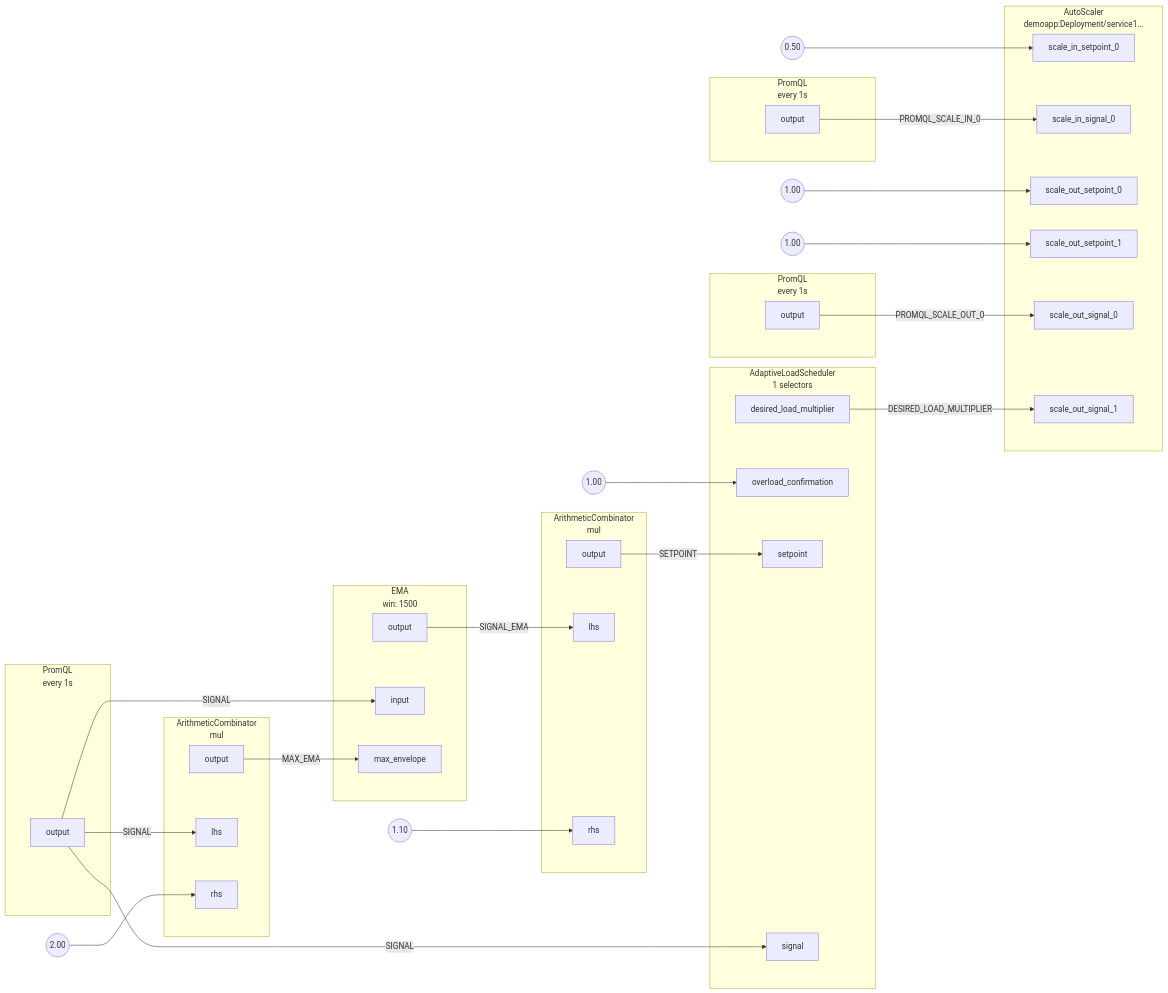
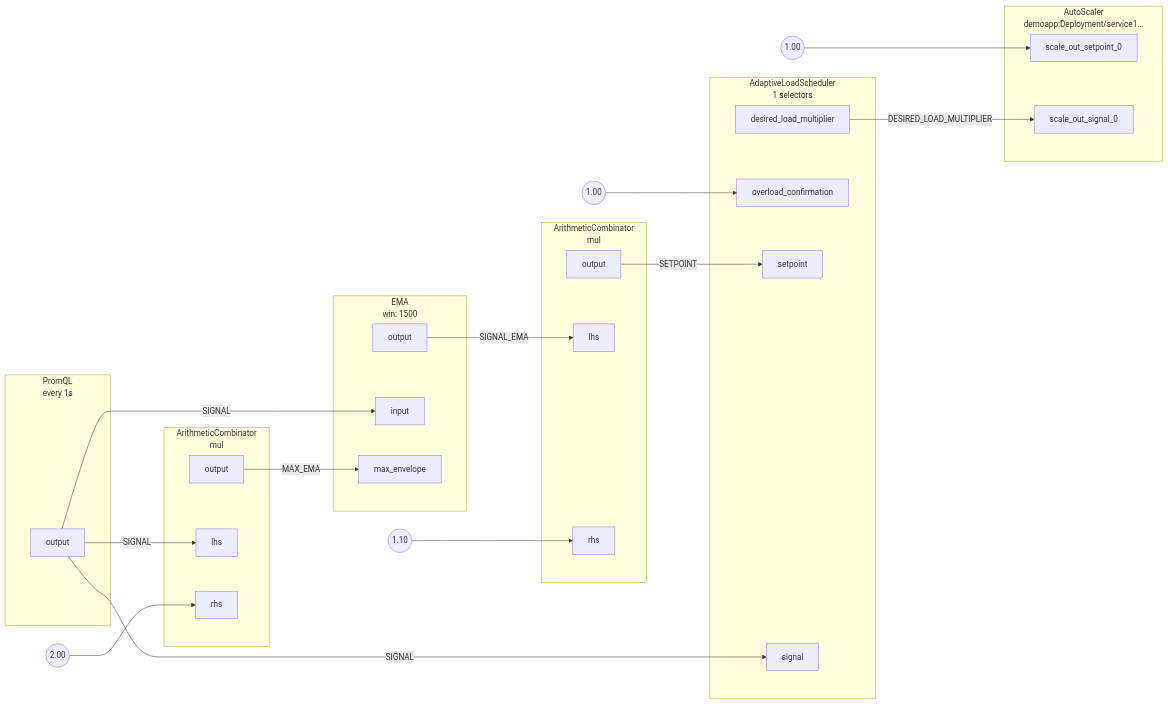
The diagram in docs/content/use-cases/auto-scale/load-based-auto-scaling/assets/graph.mmd (fluxninja/aperture), drawn with Mermaid before and after one commit. The commit also changed 7 other files, not shown here.

```diff
--- a/docs/content/use-cases/auto-scale/load-based-auto-scaling/assets/graph.mmd
+++ b/docs/content/use-cases/auto-scale/load-based-auto-scaling/assets/graph.mmd
@@ -1,96 +1,74 @@
 flowchart LR
 subgraph root.0[<center>AdaptiveLoadScheduler<br/>1 selectors</center>]
 subgraph root.0_inports[ ]
 style root.0_inports fill:none,stroke:none
 root.0overload_confirmation[overload_confirmation]
 root.0setpoint[setpoint]
 root.0signal[signal]
 end
 subgraph root.0_outports[ ]
 style root.0_outports fill:none,stroke:none
 root.0desired_load_multiplier[desired_load_multiplier]
 end
 end
 root.0_overload_confirmation_FakeConstantout((1.00))
 subgraph root.1[<center>AutoScaler<br/>demoapp:Deployment/service1...</center>]
 subgraph root.1_inports[ ]
 style root.1_inports fill:none,stroke:none
-root.1scale_in_setpoint_0[scale_in_setpoint_0]
-root.1scale_in_signal_0[scale_in_signal_0]
 root.1scale_out_setpoint_0[scale_out_setpoint_0]
-root.1scale_out_setpoint_1[scale_out_setpoint_1]
 root.1scale_out_signal_0[scale_out_signal_0]
-root.1scale_out_signal_1[scale_out_signal_1]
 end
 end
-root.1_scale_in_setpoint_0_FakeConstantout((0.50))
 root.1_scale_out_setpoint_0_FakeConstantout((1.00))
-root.1_scale_out_setpoint_1_FakeConstantout((1.00))
 subgraph root.2[<center>PromQL<br/>every 1s</center>]
 subgraph root.2_outports[ ]
 style root.2_outports fill:none,stroke:none
 root.2output[output]
 end
 end
-subgraph root.3[<center>PromQL<br/>every 1s</center>]
+subgraph root.3[<center>ArithmeticCombinator<br/>mul</center>]
+subgraph root.3_inports[ ]
+style root.3_inports fill:none,stroke:none
+root.3lhs[lhs]
+root.3rhs[rhs]
+end
 subgraph root.3_outports[ ]
 style root.3_outports fill:none,stroke:none
 root.3output[output]
 end
 end
-subgraph root.4[<center>PromQL<br/>every 1s</center>]
+root.3_rhs_FakeConstantout((2.00))
+subgraph root.4[<center>EMA<br/>win: 1500</center>]
+subgraph root.4_inports[ ]
+style root.4_inports fill:none,stroke:none
+root.4input[input]
+root.4max_envelope[max_envelope]
+end
 subgraph root.4_outports[ ]
 style root.4_outports fill:none,stroke:none
 root.4output[output]
 end
 end
 subgraph root.5[<center>ArithmeticCombinator<br/>mul</center>]
 subgraph root.5_inports[ ]
 style root.5_inports fill:none,stroke:none
 root.5lhs[lhs]
 root.5rhs[rhs]
 end
 subgraph root.5_outports[ ]
 style root.5_outports fill:none,stroke:none
 root.5output[output]
 end
 end
-root.5_rhs_FakeConstantout((2.00))
-subgraph root.6[<center>EMA<br/>win: 1500</center>]
-subgraph root.6_inports[ ]
-style root.6_inports fill:none,stroke:none
-root.6input[input]
-root.6max_envelope[max_envelope]
-end
-subgraph root.6_outports[ ]
-style root.6_outports fill:none,stroke:none
-root.6output[output]
-end
-end
-subgraph root.7[<center>ArithmeticCombinator<br/>mul</center>]
-subgraph root.7_inports[ ]
-style root.7_inports fill:none,stroke:none
-root.7lhs[lhs]
-root.7rhs[rhs]
-end
-subgraph root.7_outports[ ]
-style root.7_outports fill:none,stroke:none
-root.7output[output]
-end
-end
-root.7_rhs_FakeConstantout((1.10))
-root.0desired_load_multiplier --> |DESIRED_LOAD_MULTIPLIER| root.1scale_out_signal_1
+root.5_rhs_FakeConstantout((1.10))
+root.0desired_load_multiplier --> |DESIRED_LOAD_MULTIPLIER| root.1scale_out_signal_0
 root.0_overload_confirmation_FakeConstantout --> root.0overload_confirmation
-root.1_scale_in_setpoint_0_FakeConstantout --> root.1scale_in_setpoint_0
 root.1_scale_out_setpoint_0_FakeConstantout --> root.1scale_out_setpoint_0
-root.1_scale_out_setpoint_1_FakeConstantout --> root.1scale_out_setpoint_1
-root.2output --> |PROMQL_SCALE_IN_0| root.1scale_in_signal_0
-root.3output --> |PROMQL_SCALE_OUT_0| root.1scale_out_signal_0
-root.4output --> |SIGNAL| root.0signal
-root.4output --> |SIGNAL| root.5lhs
-root.4output --> |SIGNAL| root.6input
-root.5output --> |MAX_EMA| root.6max_envelope
+root.2output --> |SIGNAL| root.0signal
+root.2output --> |SIGNAL| root.3lhs
+root.2output --> |SIGNAL| root.4input
+root.3output --> |MAX_EMA| root.4max_envelope
+root.3_rhs_FakeConstantout --> root.3rhs
+root.4output --> |SIGNAL_EMA| root.5lhs
+root.5output --> |SETPOINT| root.0setpoint
 root.5_rhs_FakeConstantout --> root.5rhs
-root.6output --> |SIGNAL_EMA| root.7lhs
-root.7output --> |SETPOINT| root.0setpoint
-root.7_rhs_FakeConstantout --> root.7rhs
```
